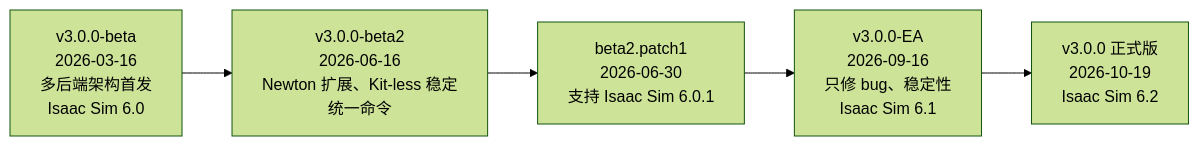
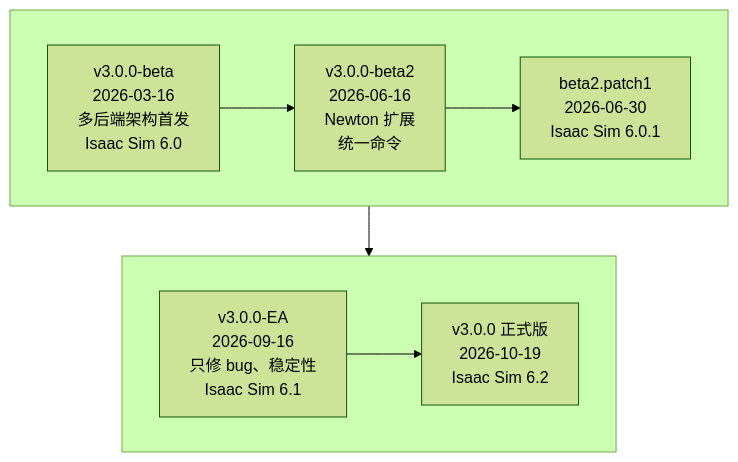
Before and after one commit to ueasycallme/academy: the second of 2 diagrams in docs/8-frontier/8.1-what-changed.md, drawn with Mermaid (forest theme). The commit also changed other lines of this file and 50 other files, not shown here.

````diff
--- a/docs/8-frontier/8.1-what-changed.md
+++ b/docs/8-frontier/8.1-what-changed.md
@@ -109,4 +109,12 @@
 ```{mermaid}
-flowchart LR
-    B1["v3.0.0-beta<br/>2026-03-16<br/>多后端架构首发<br/>Isaac Sim 6.0"] --> B2["v3.0.0-beta2<br/>2026-06-16<br/>Newton 扩展、Kit-less 稳定<br/>统一命令"] --> P1["beta2.patch1<br/>2026-06-30<br/>支持 Isaac Sim 6.0.1"] --> EA["v3.0.0-EA<br/>2026-09-16<br/>只修 bug、稳定性<br/>Isaac Sim 6.1"] --> GA["v3.0.0 正式版<br/>2026-10-19<br/>Isaac Sim 6.2"]
+flowchart TB
+    subgraph R1[" "]
+        direction LR
+        B1["v3.0.0-beta<br/>2026-03-16<br/>多后端架构首发<br/>Isaac Sim 6.0"] --> B2["v3.0.0-beta2<br/>2026-06-16<br/>Newton 扩展<br/>统一命令"] --> P1["beta2.patch1<br/>2026-06-30<br/>Isaac Sim 6.0.1"]
+    end
+    subgraph R2[" "]
+        direction LR
+        EA["v3.0.0-EA<br/>2026-09-16<br/>只修 bug、稳定性<br/>Isaac Sim 6.1"] --> GA["v3.0.0 正式版<br/>2026-10-19<br/>Isaac Sim 6.2"]
+    end
+    P1 --> EA
 ```
````
